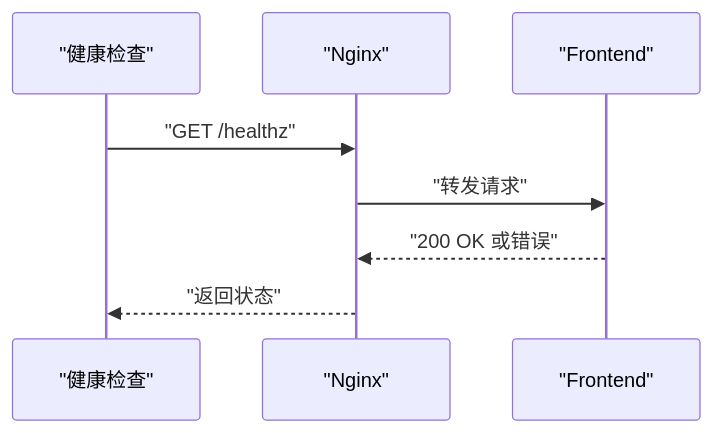
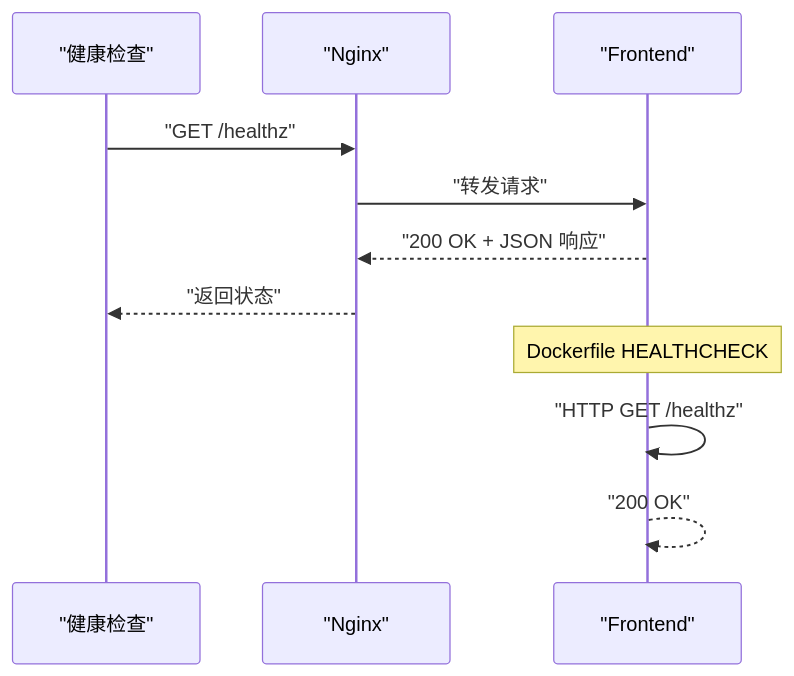
The fifth of 8 diagrams in .qoder/repowiki/zh/content/部署和运维/监控运维/健康检查机制.md (Will0253/zczk), drawn with Mermaid before and after one commit. The commit also changed other lines of this file and 13 other files, not shown here.

````diff
--- a/.qoder/repowiki/zh/content/部署和运维/监控运维/健康检查机制.md
+++ b/.qoder/repowiki/zh/content/部署和运维/监控运维/健康检查机制.md
@@ -174,10 +217,13 @@
 ```mermaid
 sequenceDiagram
 participant HC as "健康检查"
 participant NG as "Nginx"
 participant FE as "Frontend"
 HC->>NG : "GET /healthz"
 NG->>FE : "转发请求"
-FE-->>NG : "200 OK 或错误"
+FE-->>NG : "200 OK + JSON 响应"
 NG-->>HC : "返回状态"
+Note over FE : Dockerfile HEALTHCHECK
+FE->>FE : "HTTP GET /healthz"
+FE-->>FE : "200 OK"
 ```
````
